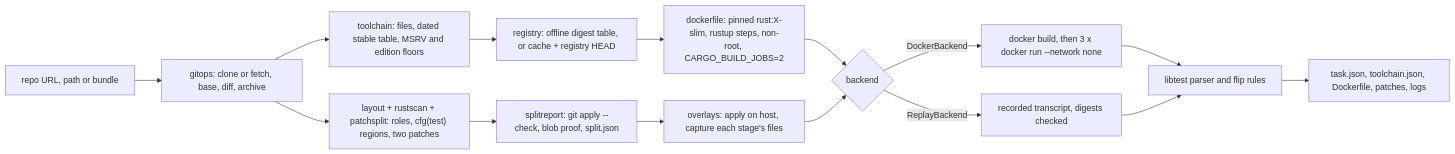
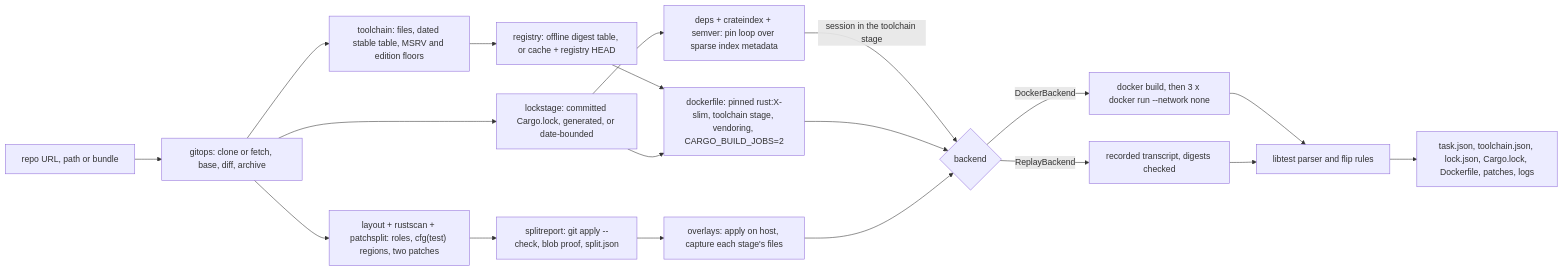
One commit to vipul21435/cargorewind changed the diagram in README.md. Above: the diagram before and after it, drawn with Mermaid. The commit also changed other lines of this file and 1 other file, not shown here.

First line of the commit message:
docs: document date-bounded lockfiles and vendoring, tick slice 3

````diff
--- a/README.md
+++ b/README.md
@@ -372,17 +576,21 @@
 ```mermaid
 flowchart LR
     SRC["repo URL, path or bundle"] --> GIT["gitops: clone or fetch, base, diff, archive"]
     GIT --> SPLIT["layout + rustscan + patchsplit: roles, cfg(test) regions, two patches"]
     SPLIT --> CHECK["splitreport: git apply --check, blob proof, split.json"]
     GIT --> TC["toolchain: files, dated stable table, MSRV and edition floors"]
     TC --> REG["registry: offline digest table, or cache + registry HEAD"]
-    REG --> DF["dockerfile: pinned rust:X-slim, rustup steps, non-root, CARGO_BUILD_JOBS=2"]
+    GIT --> LOCK["lockstage: committed Cargo.lock, generated, or date-bounded"]
+    LOCK --> PIN["deps + crateindex + semver: pin loop over sparse index metadata"]
+    REG --> DF["dockerfile: pinned rust:X-slim, toolchain stage, vendoring, CARGO_BUILD_JOBS=2"]
+    LOCK --> DF
+    PIN -->|session in the toolchain stage| BE
     CHECK --> OV["overlays: apply on host, capture each stage's files"]
     DF --> BE{"backend"}
     OV --> BE
     BE -->|DockerBackend| RUN["docker build, then 3 x docker run --network none"]
     BE -->|ReplayBackend| REC["recorded transcript, digests checked"]
     RUN --> LT["libtest parser and flip rules"]
     REC --> LT
-    LT --> OUT["task.json, toolchain.json, Dockerfile, patches, logs"]
+    LT --> OUT["task.json, toolchain.json, lock.json, Cargo.lock, Dockerfile, patches, logs"]
 ```
````
